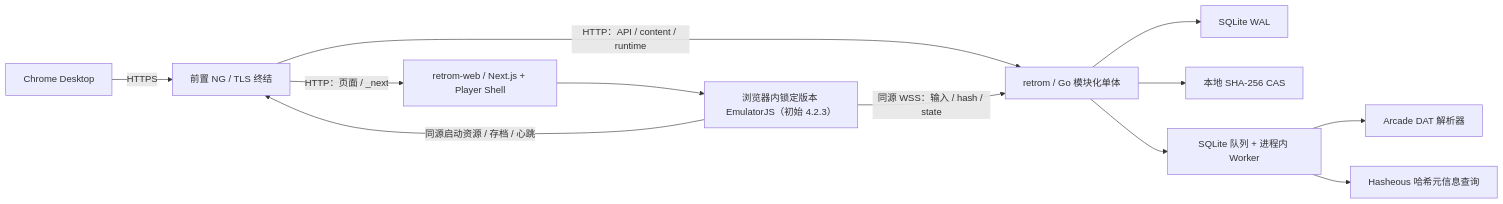
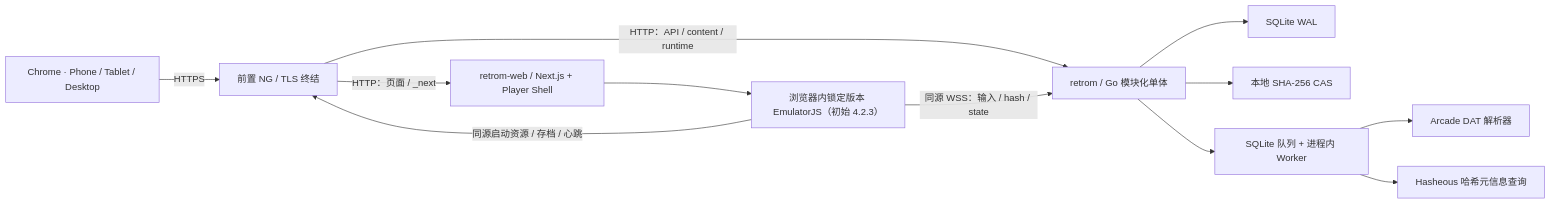
One commit to retrom-project/retrom changed the second of 4 diagrams in docs/retrom-product-architecture.md. Above: the diagram before and after it, drawn with Mermaid. The commit also changed other lines of this file and 49 other files, not shown here.

```diff
--- a/docs/retrom-product-architecture.md
+++ b/docs/retrom-product-architecture.md
@@ -157,14 +157,14 @@
 ~~~mermaid
 flowchart LR
-    U["Chrome Desktop"] -->|HTTPS| N["前置 NG / TLS 终结"]
+    U["Chrome · Phone / Tablet / Desktop"] -->|HTTPS| N["前置 NG / TLS 终结"]
     N -->|HTTP：页面 / _next| W["retrom-web / Next.js + Player Shell"]
     N -->|HTTP：API / content / runtime| S["retrom / Go 模块化单体"]
     W --> R["浏览器内锁定版本 EmulatorJS（初始 4.2.3）"]
     S --> D["SQLite WAL"]
     S --> B["本地 SHA-256 CAS"]
     S --> J["SQLite 队列 + 进程内 Worker"]
     J --> A["Arcade DAT 解析器"]
     J --> H["Hasheous 哈希元信息查询"]
     R -->|同源启动资源 / 存档 / 心跳| N
     R -->|同源 WSS：输入 / hash / state| S
 ~~~
```
